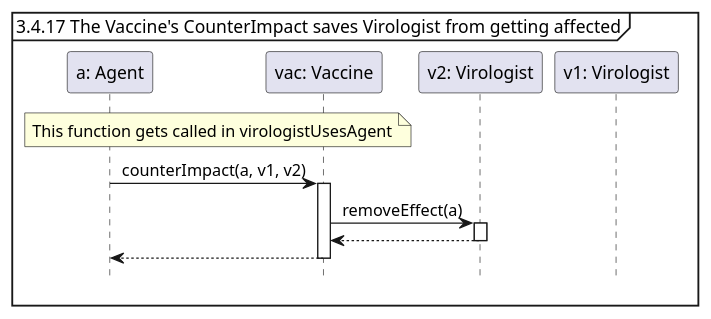
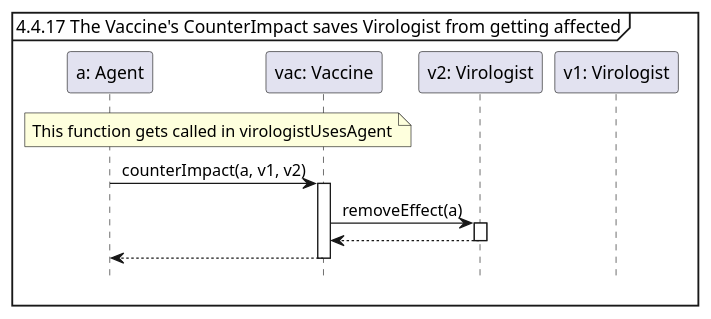
Before and after one commit to Tschonti/503-service-unavailable: the diagram in docs/seqDiagrams/12_4vaccineCounterImpact.puml, drawn with PlantUML. The commit also changed 17 other files, not shown here.

```diff
--- a/docs/seqDiagrams/12_4vaccineCounterImpact.puml
+++ b/docs/seqDiagrams/12_4vaccineCounterImpact.puml
@@ -1,20 +1,20 @@
 @startuml
 'https://plantuml.com/sequence-diagram
 
 hide footbox
 skinparam sequenceMessageAlign center
 
-mainframe 3.4.17 The Vaccine's CounterImpact saves Virologist from getting affected
+mainframe 4.4.17 The Vaccine's CounterImpact saves Virologist from getting affected
 
 participant "a: Agent" as a
 participant "vac: Vaccine" as vac
 participant "v2: Virologist" as v2
 participant "v1: Virologist" as v1
 
 note over a, vac : This function gets called in virologistUsesAgent
 a -> vac ++: counterImpact(a, v1, v2)
     vac -> v2++: removeEffect(a)
     return
 return
 
 @enduml
```
